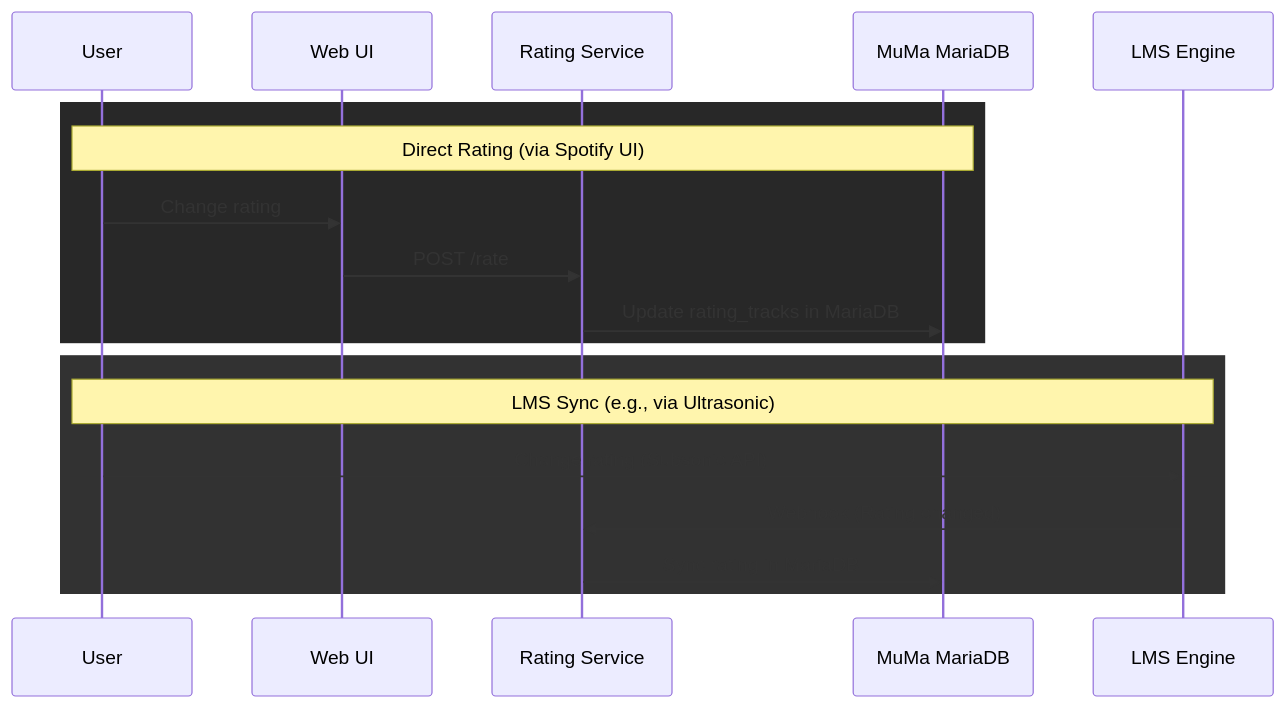
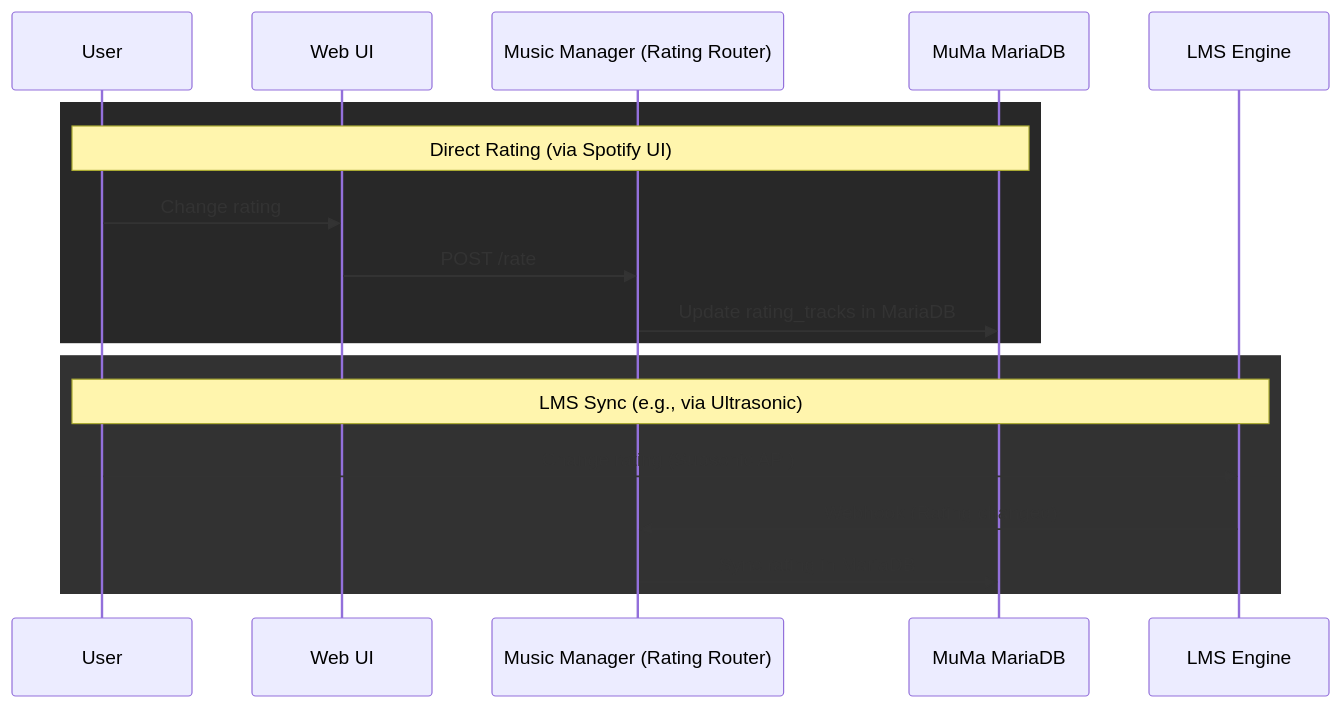
One commit to tsshadow/music-management changed the fifth of 5 diagrams in docs/architecture.md. Above: the diagram before and after it, drawn with Mermaid. The commit also changed other lines of this file and 82 other files, not shown here.

Commit message:
feat: consolidate microservices into music-manager core

````diff
--- a/docs/architecture.md
+++ b/docs/architecture.md
@@ -202,22 +195,22 @@
 ```mermaid
 sequenceDiagram
     participant U as User
     participant W as Web UI
-    participant RS as Rating Service
+    participant MM as Music Manager (Rating Router)
     participant MDB as MuMa MariaDB
     participant LMS as LMS Engine
 
     rect rgb(40, 40, 40)
     Note over U,MDB: Direct Rating (via Spotify UI)
     U->>W: Change rating
-    W->>RS: POST /rate
-    RS->>MDB: Update rating_tracks in MariaDB
+    W->>MM: POST /rate
+    MM->>MDB: Update rating_tracks in MariaDB
     end
 
     rect rgb(50, 50, 50)
     Note over U,LMS: LMS Sync (e.g., via Ultrasonic)
     U->>LMS: Change rating (Subsonic API)
-    LMS->>RS: Webhook (Rating changed)
-    RS->>MDB: Sync rating in MariaDB
+    LMS->>MM: Webhook (Rating changed)
+    MM->>MDB: Sync rating in MariaDB
     end
 ```
````
